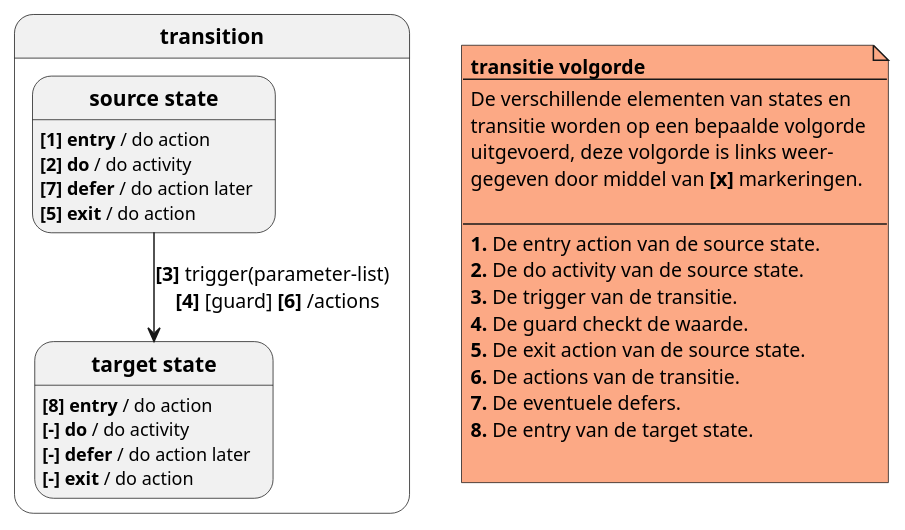
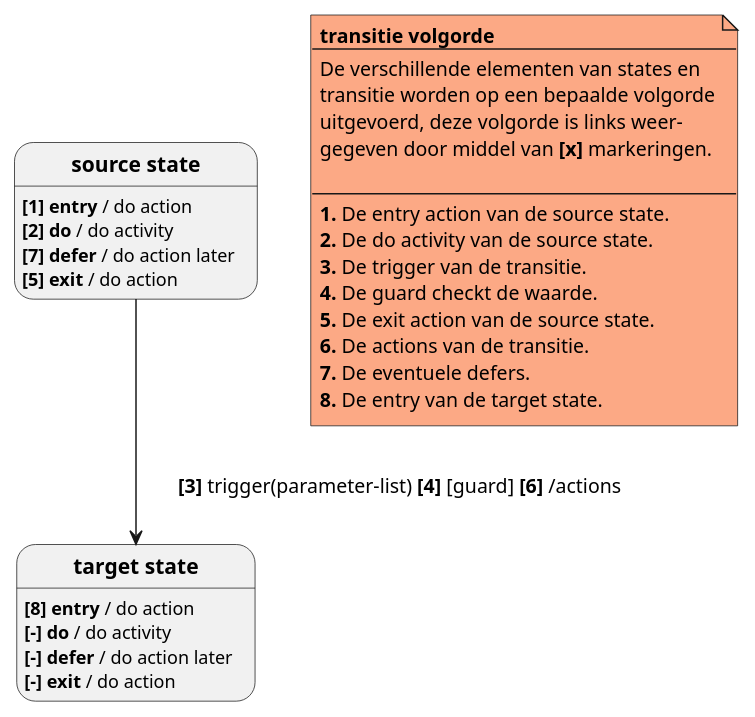
The diagram in plantuml/state/transition_sequence.puml (LukevLuijn/cheat_sheet_osm_mo), drawn with PlantUML before and after one commit. The commit also changed 28 other files, not shown here.

Commit message:
[cheat-sheet] added colors to all diagrams #2.

```diff
--- a/plantuml/state/transition_sequence.puml
+++ b/plantuml/state/transition_sequence.puml
@@ -1,40 +1,42 @@
 @startuml
 'https://plantuml.com/state-diagram
 
-state state_2 as "**transition**" {
+'state state_2 as "**transition**" {
     state state_0 as "**source state**" {
         state_0 : **[1]** **entry** / do action
         state_0 : **[2]** **do** / do activity
         state_0 : **[7]** **defer** / do action later
         state_0 : **[5]** **exit** / do action
     }
     state state_1 as "**target state**" {
         state_1 : **[8]** **entry** / do action
         state_1 : **[-]** **do** / do activity
         state_1 : **[-]** **defer** / do action later
         state_1 : **[-]** **exit** / do action
     }
-    state_0 --> state_1 : **[3]** trigger(parameter-list) \n **[4]** [guard] **[6]** /actions
-}
+    state_0 --> state_1 : \t**[3]** trigger(parameter-list) **[4]** [guard] **[6]** /actions
+'}
 
 note as n1 #FCA985
     **transitie volgorde**
     --
     De verschillende elementen van states en
     transitie worden op een bepaalde volgorde
     uitgevoerd, deze volgorde is links weer-
     gegeven door middel van **[x]** markeringen.
 
     --
     **1.** De entry action van de source state.
     **2.** De do activity van de source state.
     **3.** De trigger van de transitie.
     **4.** De guard checkt de waarde.
     **5.** De exit action van de source state.
     **6.** De actions van de transitie.
     **7.** De eventuele defers.
     **8.** De entry van de target state.
-
 end note
 
+n1 -[hidden]left-> state_0
+n1 -[hidden]left-> state_0
+
 @enduml
```
